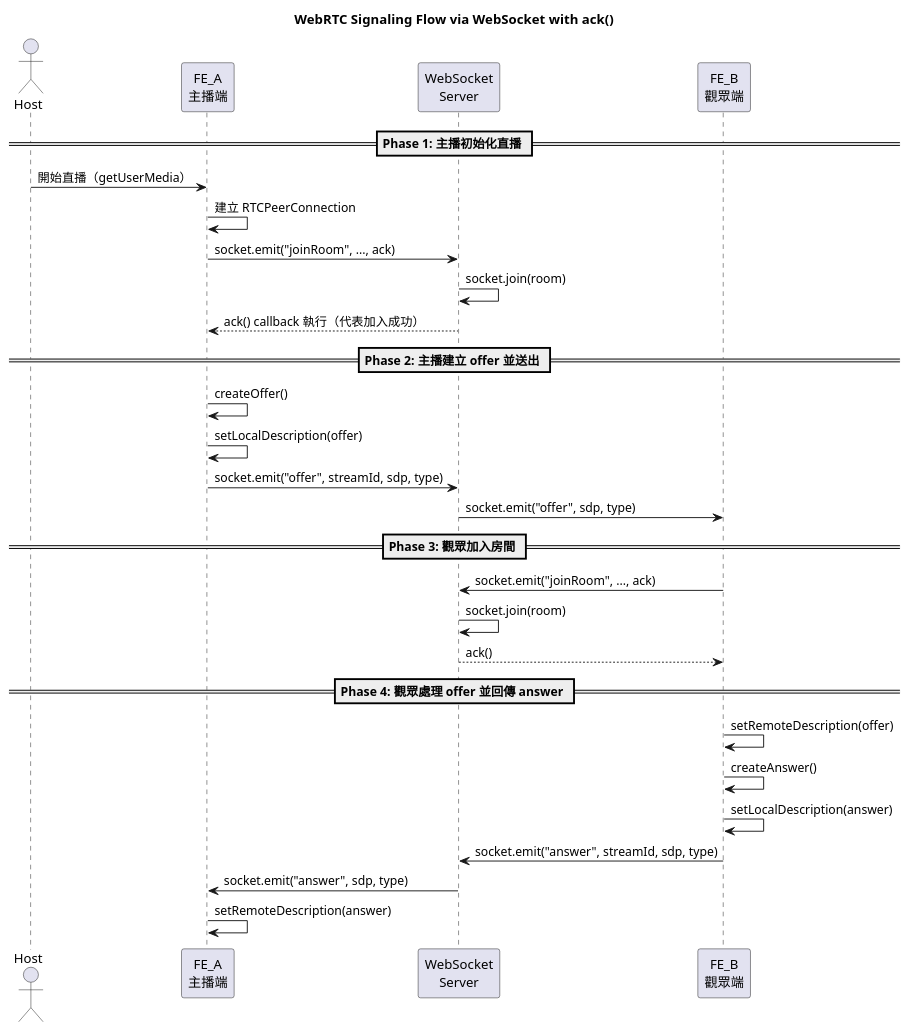
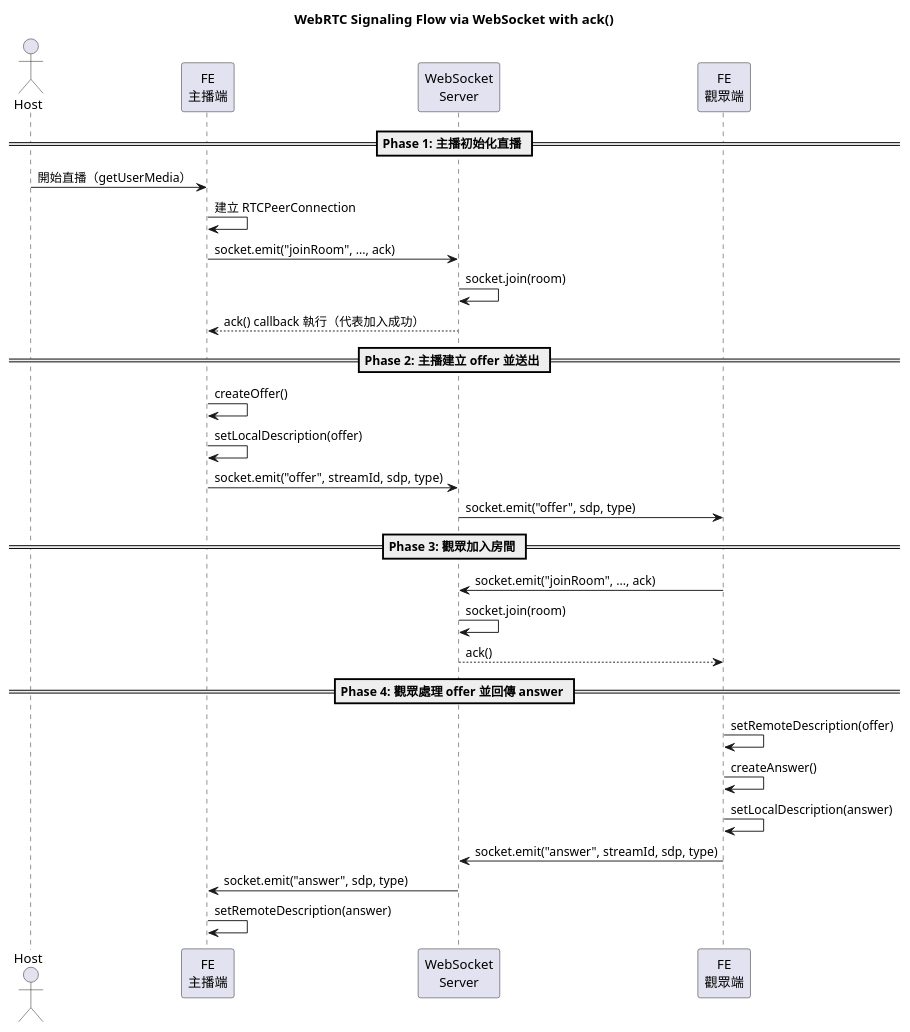
One commit to ALICE-YEN/glow-live-fe changed the diagram in webrtc-signaling-offer-answer.puml. Above: the diagram before and after it, drawn with PlantUML. The commit also changed 3 other files, not shown here.

```diff
--- a/webrtc-signaling-offer-answer.puml
+++ b/webrtc-signaling-offer-answer.puml
@@ -1,35 +1,35 @@
 @startuml webrtc-signaling-offer-answer
 title WebRTC Signaling Flow via WebSocket with ack()
 
 actor Host
-participant "FE_A\n主播端" as FE_A
+participant "FE\n主播端" as FE_A
 participant "WebSocket\nServer" as WS
-participant "FE_B\n觀眾端" as FE_B
+participant "FE\n觀眾端" as FE_B
 
 == Phase 1: 主播初始化直播 ==
 Host -> FE_A: 開始直播（getUserMedia）
 FE_A -> FE_A: 建立 RTCPeerConnection
 FE_A -> WS: socket.emit("joinRoom", ..., ack)
 WS -> WS: socket.join(room)
 WS --> FE_A: ack() callback 執行（代表加入成功）
 
 == Phase 2: 主播建立 offer 並送出 ==
 FE_A -> FE_A: createOffer()
 FE_A -> FE_A: setLocalDescription(offer)
 FE_A -> WS: socket.emit("offer", streamId, sdp, type)
 WS -> FE_B: socket.emit("offer", sdp, type)
 
 == Phase 3: 觀眾加入房間 ==
 FE_B -> WS: socket.emit("joinRoom", ..., ack)
 WS -> WS: socket.join(room)
 WS --> FE_B: ack()
 
 == Phase 4: 觀眾處理 offer 並回傳 answer ==
 FE_B -> FE_B: setRemoteDescription(offer)
 FE_B -> FE_B: createAnswer()
 FE_B -> FE_B: setLocalDescription(answer)
 FE_B -> WS: socket.emit("answer", streamId, sdp, type)
 WS -> FE_A: socket.emit("answer", sdp, type)
 FE_A -> FE_A: setRemoteDescription(answer)
 
 @enduml
```
